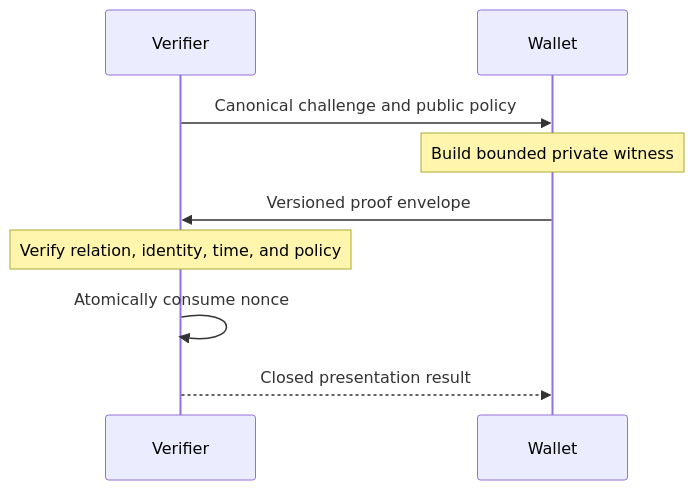
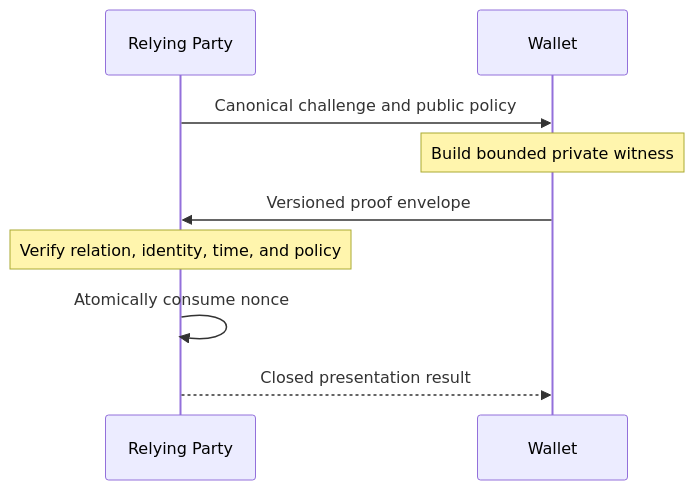
The diagram in docs/protocol.md (ForkbombEu/sd-jwt-zk), drawn with Mermaid before and after one commit. The commit also changed other lines of this file and 43 other files, not shown here.

````diff
--- a/docs/protocol.md
+++ b/docs/protocol.md
@@ -46,11 +47,11 @@
 ```mermaid
 sequenceDiagram
-  participant V as Verifier
+  participant RP as Relying Party
   participant W as Wallet
-  V->>W: Canonical challenge and public policy
+  RP->>W: Canonical challenge and public policy
   Note over W: Build bounded private witness
-  W->>V: Versioned proof envelope
-  Note over V: Verify relation, identity, time, and policy
-  V->>V: Atomically consume nonce
-  V-->>W: Closed presentation result
+  W->>RP: Versioned proof envelope
+  Note over RP: Verify relation, identity, time, and policy
+  RP->>RP: Atomically consume nonce
+  RP-->>W: Closed presentation result
 ```
````
